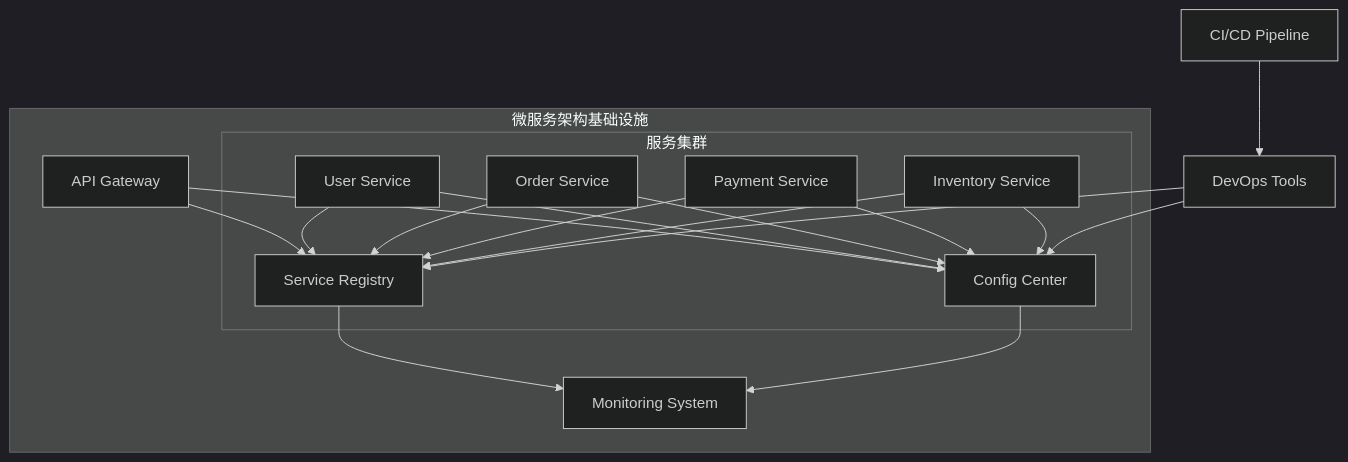
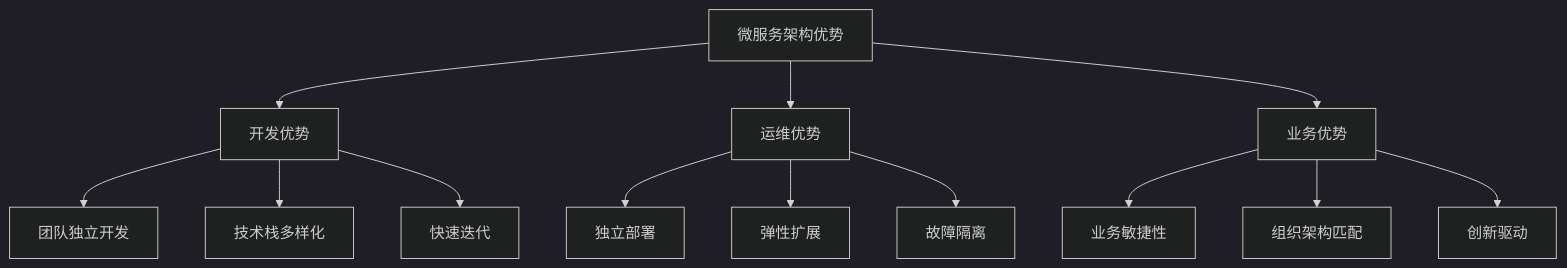
Before and after one commit to houbb/blog-middleware: the diagram in src/posts/register-center/1-1-1-evolution-from-monolith-to-microservices.md, drawn with Mermaid (dark theme). The commit also changed other lines of this file and 59 other files, not shown here.

````diff
--- a/src/posts/register-center/1-1-1-evolution-from-monolith-to-microservices.md
+++ b/src/posts/register-center/1-1-1-evolution-from-monolith-to-microservices.md
@@ -359,25 +156,18 @@
 ```mermaid
 graph TB
-    subgraph "微服务架构基础设施"
-        A[API Gateway] --> B[Service Registry]
-        A --> C[Config Center]
-        
-        subgraph "服务集群"
-            D[User Service] --> B
-            D --> C
-            E[Order Service] --> B
-            E --> C
-            F[Payment Service] --> B
-            F --> C
-            G[Inventory Service] --> B
-            G --> C
-        end
-        
-        B --> H[Monitoring System]
-        C --> H
-    end
+    A[微服务架构优势] --> B[开发优势]
+    A --> C[运维优势]
+    A --> D[业务优势]
     
-    I[DevOps Tools] --> B
-    I --> C
-    J[CI/CD Pipeline] --> I
+    B --> B1[团队独立开发]
+    B --> B2[技术栈多样化]
+    B --> B3[快速迭代]
+    
+    C --> C1[独立部署]
+    C --> C2[弹性扩展]
+    C --> C3[故障隔离]
+    
+    D --> D1[业务敏捷性]
+    D --> D2[组织架构匹配]
+    D --> D3[创新驱动]
 ```
````
